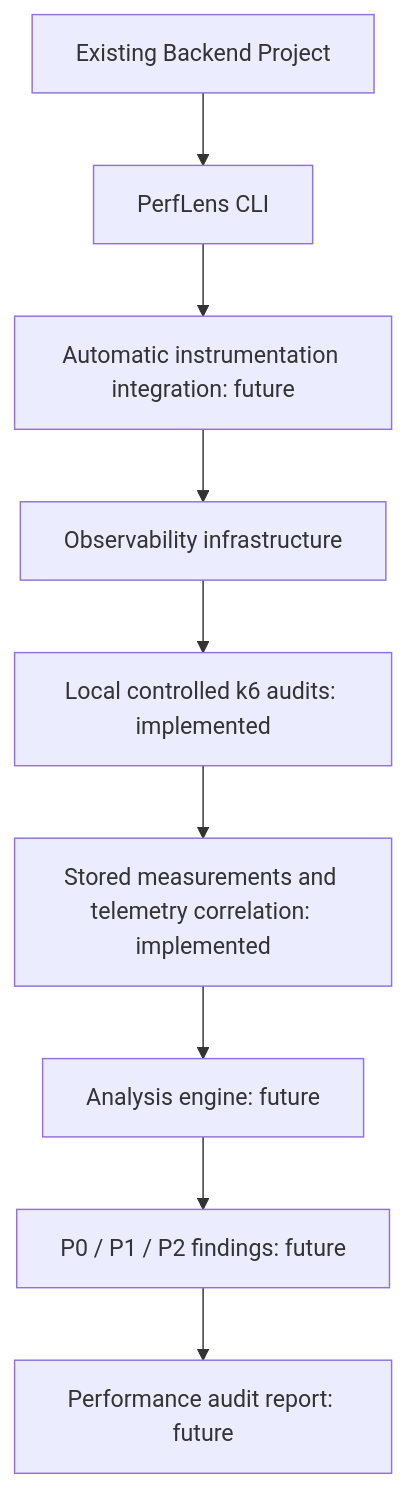
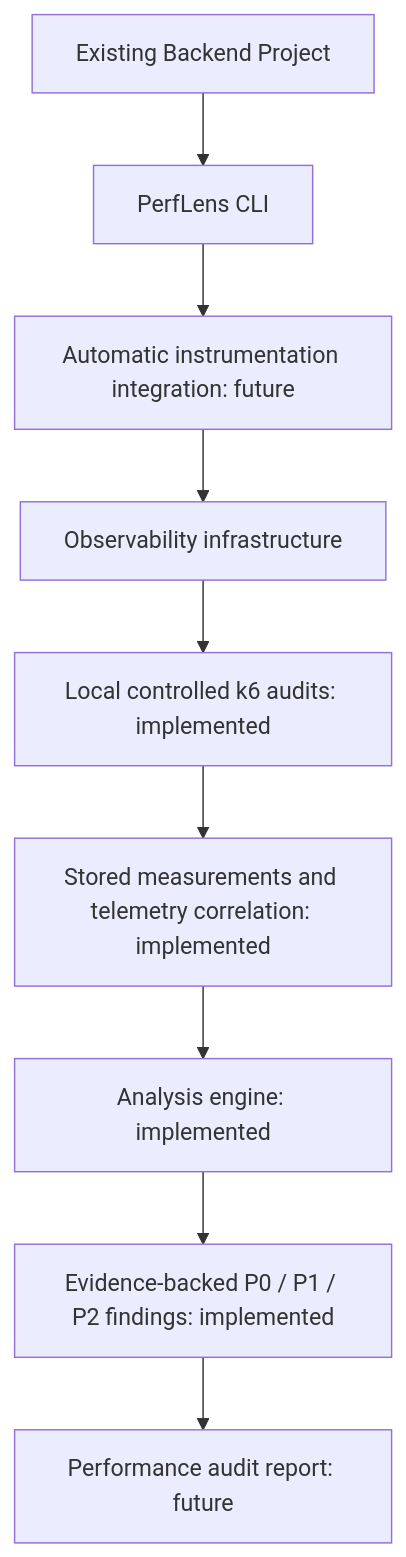
Before and after one commit to rahad123/perflens: the second of 2 diagrams in docs/architecture/architecture.md, drawn with Mermaid. The commit also changed other lines of this file and 2 other files, not shown here.

Commit message:
feat: add Phase 3 analysis methodology documentation and verification details

````diff
--- a/docs/architecture/architecture.md
+++ b/docs/architecture/architecture.md
@@ -81,11 +85,11 @@
 ```mermaid
 flowchart TB
     Backend[Existing Backend Project] --> PerfLens[PerfLens CLI]
     PerfLens --> Instrument[Automatic instrumentation integration: future]
     Instrument --> Observe[Observability infrastructure]
     Observe --> Load[Local controlled k6 audits: implemented]
     Load --> Collect[Stored measurements and telemetry correlation: implemented]
-    Collect --> Analyze[Analysis engine: future]
-    Analyze --> Findings[P0 / P1 / P2 findings: future]
+    Collect --> Analyze[Analysis engine: implemented]
+    Analyze --> Findings[Evidence-backed P0 / P1 / P2 findings: implemented]
     Findings --> Report[Performance audit report: future]
 ```
````
